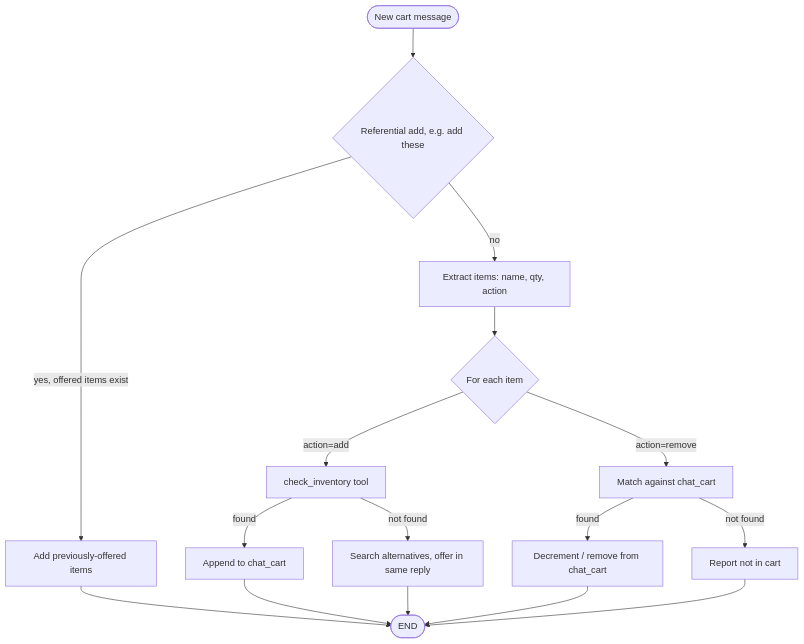
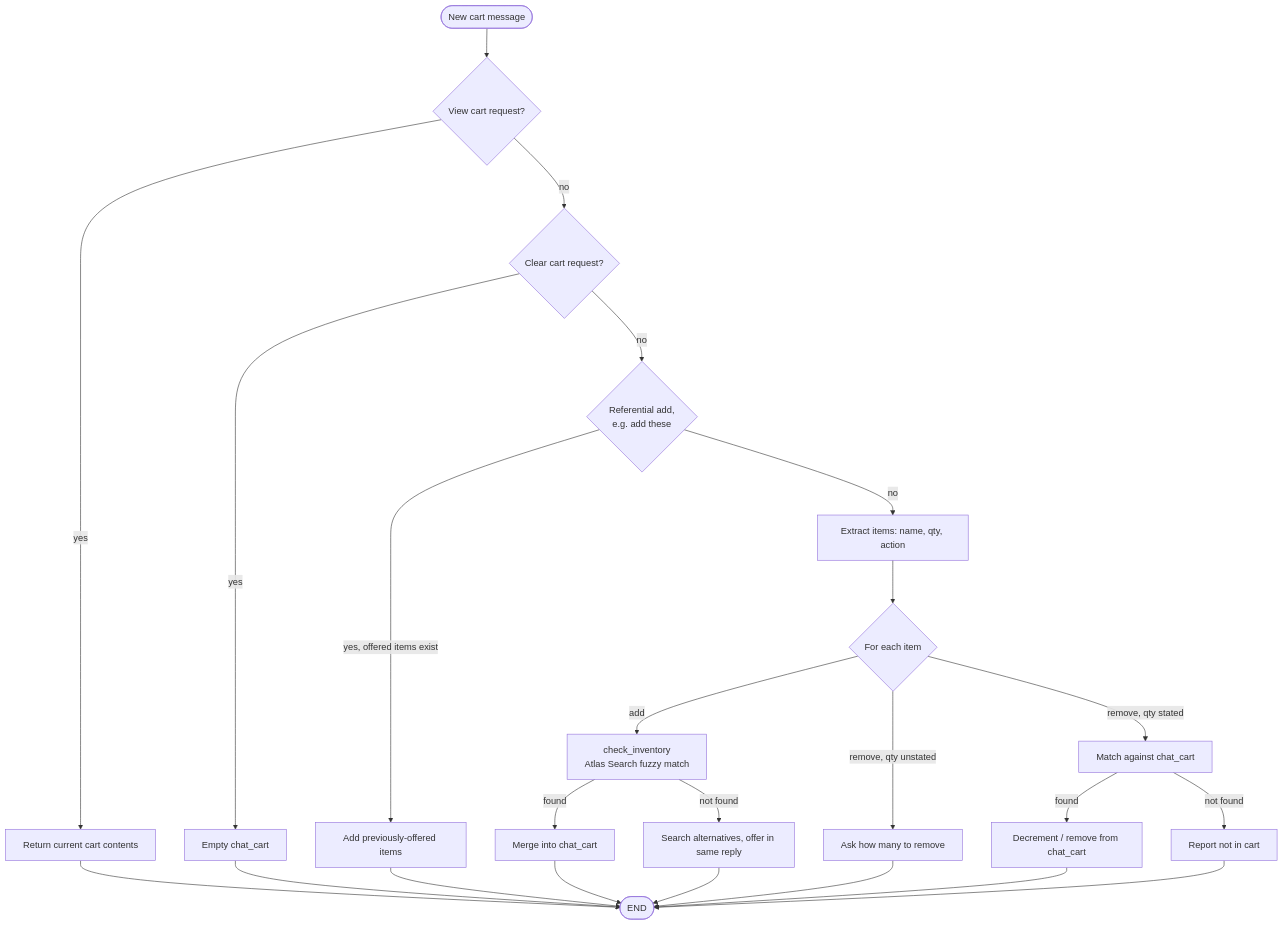
Before and after one commit to nirajp728/quick-commerce-agentic-ai: the third of 7 diagrams in README.md, drawn with Mermaid. The commit also changed other lines of this file, not shown here.

````diff
--- a/README.md
+++ b/README.md
@@ -114,20 +115,29 @@
 ```mermaid
 flowchart TD
-    START([New cart message]) --> REF{Referential add, e.g. add these}
+    START([New cart message]) --> VIEW{View cart request?}
+    VIEW -->|yes| SHOW[Return current cart contents]
+    VIEW -->|no| CLEAR{Clear cart request?}
+    CLEAR -->|yes| WIPE[Empty chat_cart]
+    CLEAR -->|no| REF{Referential add,<br/>e.g. add these}
+
     REF -->|yes, offered items exist| ADDOFF[Add previously-offered items]
     REF -->|no| EXTRACT[Extract items: name, qty, action]
 
     EXTRACT --> LOOP{For each item}
-    LOOP -->|action=add| CHECK[check_inventory tool]
-    CHECK -->|found| ADD[Append to chat_cart]
+    LOOP -->|add| CHECK[check_inventory<br/>Atlas Search fuzzy match]
+    CHECK -->|found| ADD[Merge into chat_cart]
     CHECK -->|not found| ALT[Search alternatives, offer in same reply]
-    LOOP -->|action=remove| MATCH[Match against chat_cart]
+    LOOP -->|remove, qty stated| MATCH[Match against chat_cart]
+    LOOP -->|remove, qty unstated| ASKQTY[Ask how many to remove]
     MATCH -->|found| REMOVE[Decrement / remove from chat_cart]
     MATCH -->|not found| NOTIN[Report not in cart]
 
-    ADDOFF --> END([END])
+    SHOW --> END([END])
+    WIPE --> END
+    ADDOFF --> END
     ADD --> END
     ALT --> END
+    ASKQTY --> END
     REMOVE --> END
     NOTIN --> END
 ```
````
